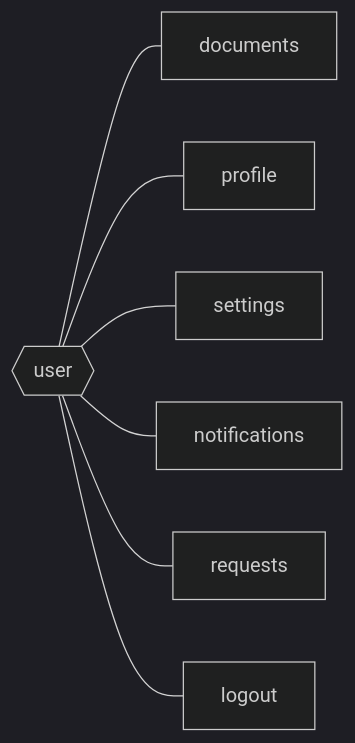
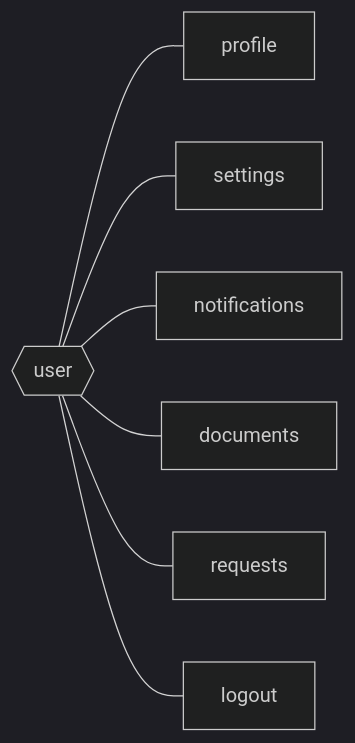
One commit to idlli/E-Campus changed the first of 2 diagrams in diagrams/user/dashboard.md. Above: the diagram before and after it, drawn with Mermaid (dark theme).

````diff
--- a/diagrams/user/dashboard.md
+++ b/diagrams/user/dashboard.md
@@ -2,7 +2,7 @@
 ```mermaid
 graph LR
-    user{{user}} --- documents & profile & settings & notifications & requests & logout
+    user{{user}} ---  profile & settings & notifications & documents & requests & logout
     
     %% links
     
 ```
````
